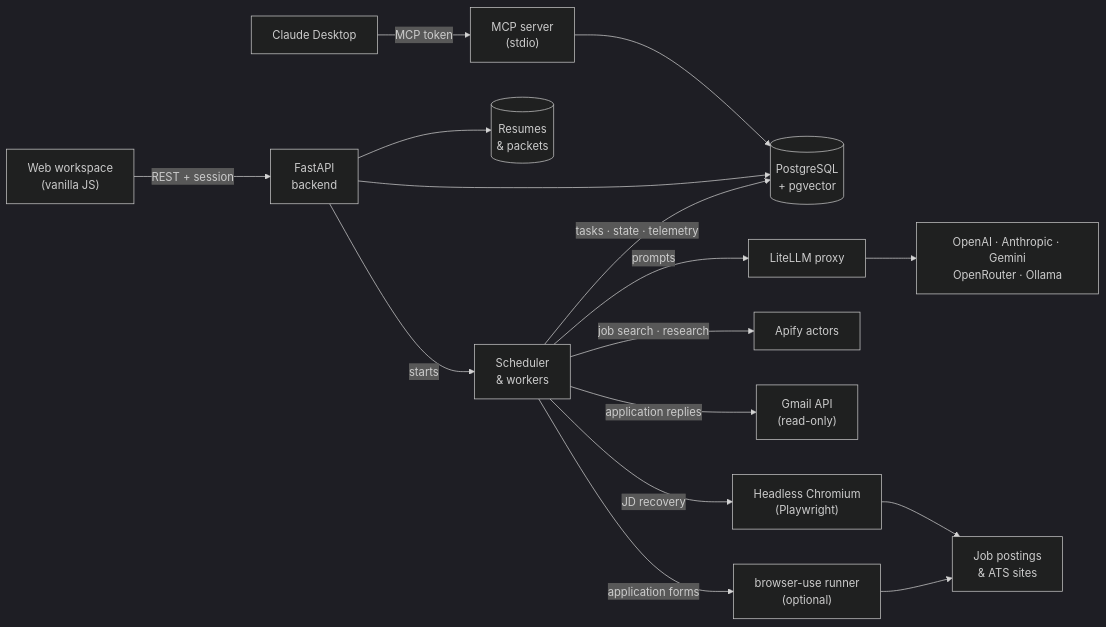
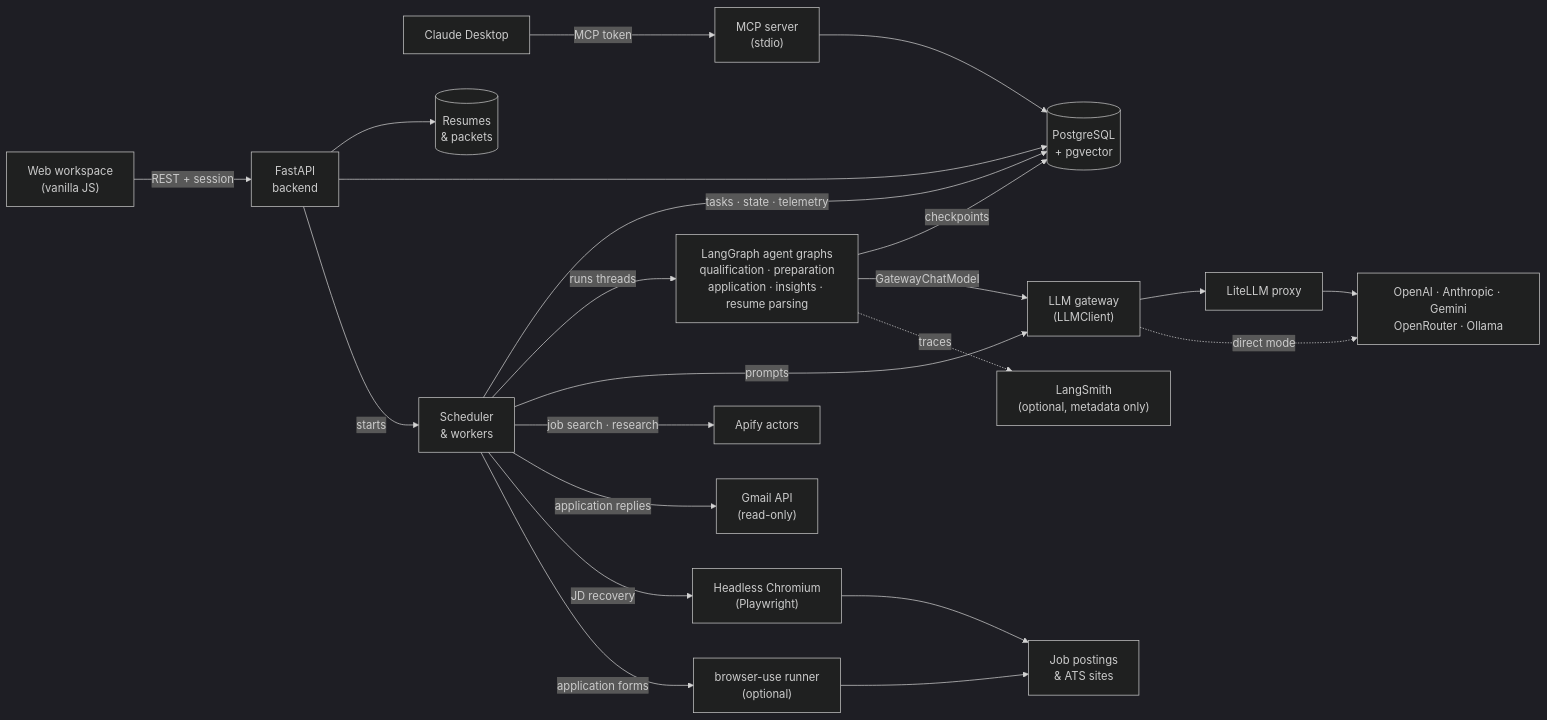
The diagram in README.md (lucifer-diaz/AI-Job-Hunt), drawn with Mermaid (dark theme) before and after one commit. The commit also changed other lines of this file, not shown here.

First line of the commit message:
docs(readme): show LangGraph agent graphs in the architecture

````diff
--- a/README.md
+++ b/README.md
@@ -75,33 +75,42 @@
 ```mermaid
 flowchart LR
     SPA["Web workspace<br/>(vanilla JS)"]
     Claude["Claude Desktop"]
     API["FastAPI<br/>backend"]
     MCP["MCP server<br/>(stdio)"]
     Sched["Scheduler<br/>& workers"]
+    Graphs["LangGraph agent graphs<br/>qualification · preparation<br/>application · insights · resume parsing"]
+    LLM["LLM gateway<br/>(LLMClient)"]
     PG[("PostgreSQL<br/>+ pgvector")]
     Files[("Resumes<br/>& packets")]
     LiteLLM["LiteLLM proxy"]
     Models["OpenAI · Anthropic · Gemini<br/>OpenRouter · Ollama"]
+    LangSmith["LangSmith<br/>(optional, metadata only)"]
     Apify["Apify actors"]
     Gmail["Gmail API<br/>(read-only)"]
     Chromium["Headless Chromium<br/>(Playwright)"]
     Runner["browser-use runner<br/>(optional)"]
     Sites["Job postings<br/>& ATS sites"]
 
     SPA -- "REST + session" --> API
     Claude -- "MCP token" --> MCP
     API --> Files
     API --> PG
     MCP --> PG
     API -- "starts" --> Sched
     Sched -- "tasks · state · telemetry" --> PG
-    Sched -- "prompts" --> LiteLLM
+    Sched -- "runs threads" --> Graphs
+    Graphs -- "checkpoints" --> PG
+    Graphs -- "GatewayChatModel" --> LLM
+    Graphs -. "traces" .-> LangSmith
+    Sched -- "prompts" --> LLM
+    LLM --> LiteLLM
     LiteLLM --> Models
+    LLM -. "direct mode" .-> Models
     Sched -- "job search · research" --> Apify
     Sched -- "application replies" --> Gmail
     Sched -- "JD recovery" --> Chromium
     Chromium --> Sites
     Sched -- "application forms" --> Runner
     Runner --> Sites
 ```
````
